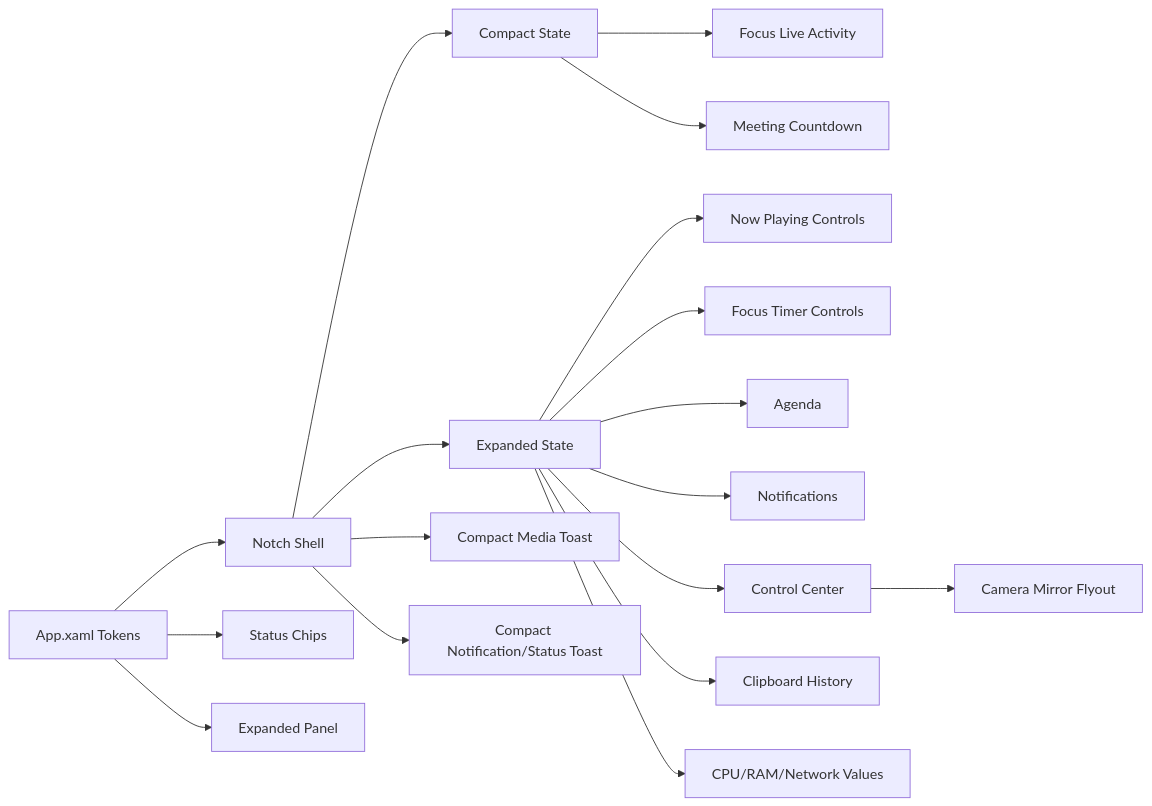
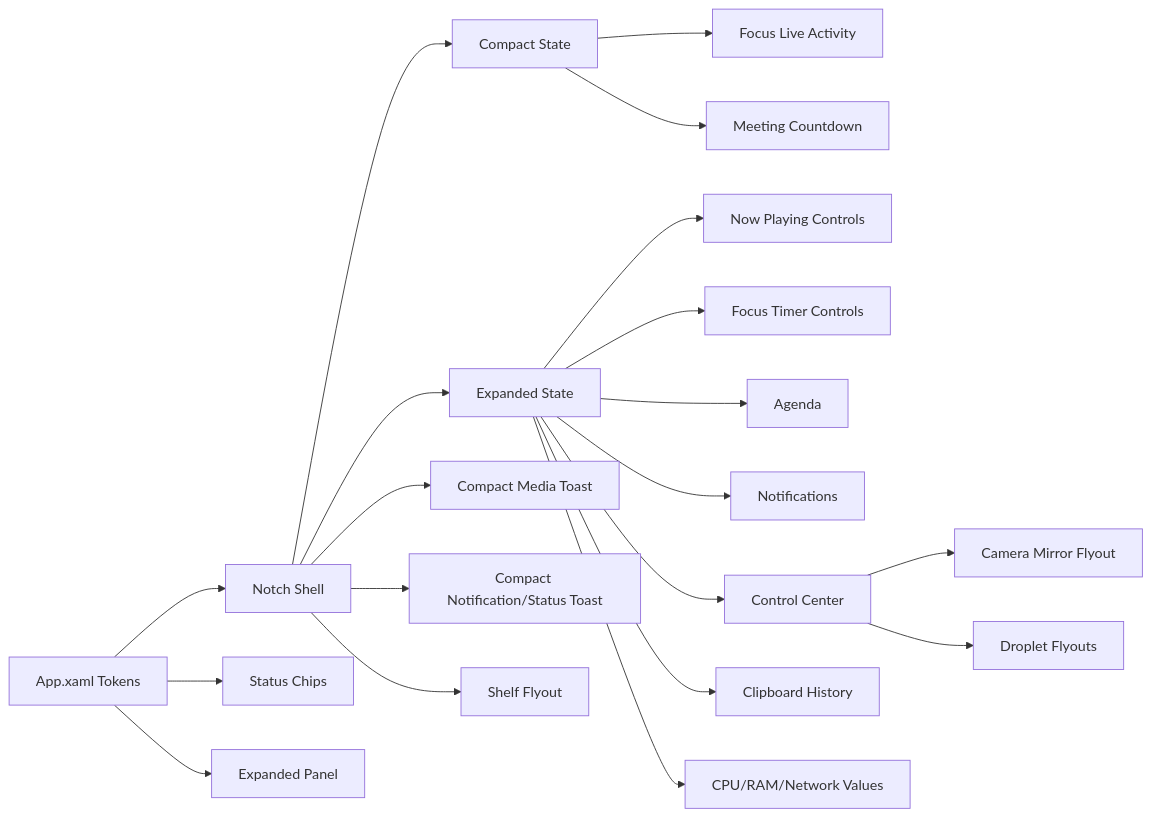
The second of 2 diagrams in docs/architecture.md (yappologistic/winotch), drawn with Mermaid before and after one commit. The commit also changed other lines of this file and 24 other files, not shown here.

First line of the commit message:
Add Shelf & Droplets features

````diff
--- a/docs/architecture.md
+++ b/docs/architecture.md
@@ -47,20 +51,22 @@
 ```mermaid
 flowchart LR
     Tokens["App.xaml Tokens"] --> Shell["Notch Shell"]
     Tokens --> Chips["Status Chips"]
     Tokens --> Panel["Expanded Panel"]
     Shell --> Compact["Compact State"]
     Shell --> Expanded["Expanded State"]
     Expanded --> Media["Now Playing Controls"]
     Expanded --> FocusPanel["Focus Timer Controls"]
     Expanded --> Agenda["Agenda"]
     Compact --> FocusLive["Focus Live Activity"]
     Compact --> CalendarLive["Meeting Countdown"]
     Shell --> MediaToast["Compact Media Toast"]
     Shell --> NotificationToast["Compact Notification/Status Toast"]
     Expanded --> Notifications["Notifications"]
     Expanded --> Controls["Control Center"]
     Expanded --> Clipboard["Clipboard History"]
     Expanded --> Stats["CPU/RAM/Network Values"]
     Controls --> CameraMirror["Camera Mirror Flyout"]
+    Controls --> Droplets["Droplet Flyouts"]
+    Shell --> Shelf["Shelf Flyout"]
 ```
````
